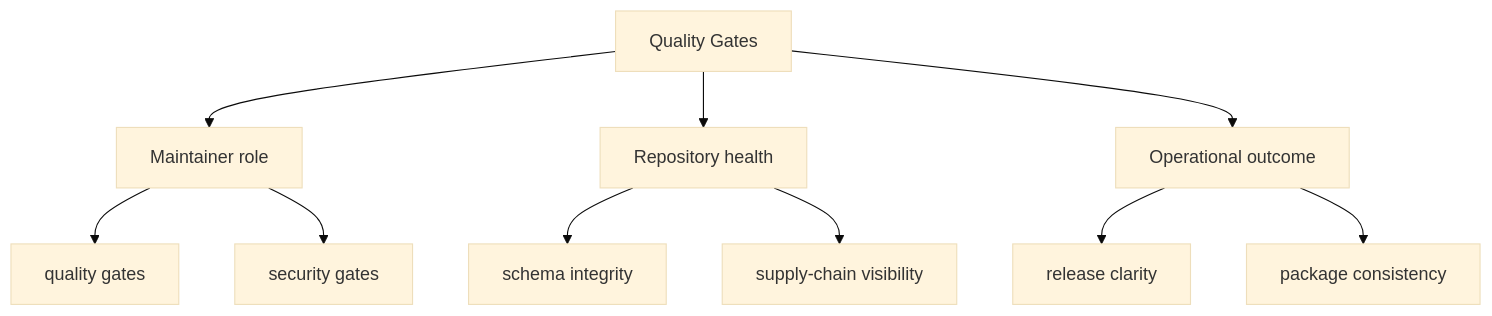
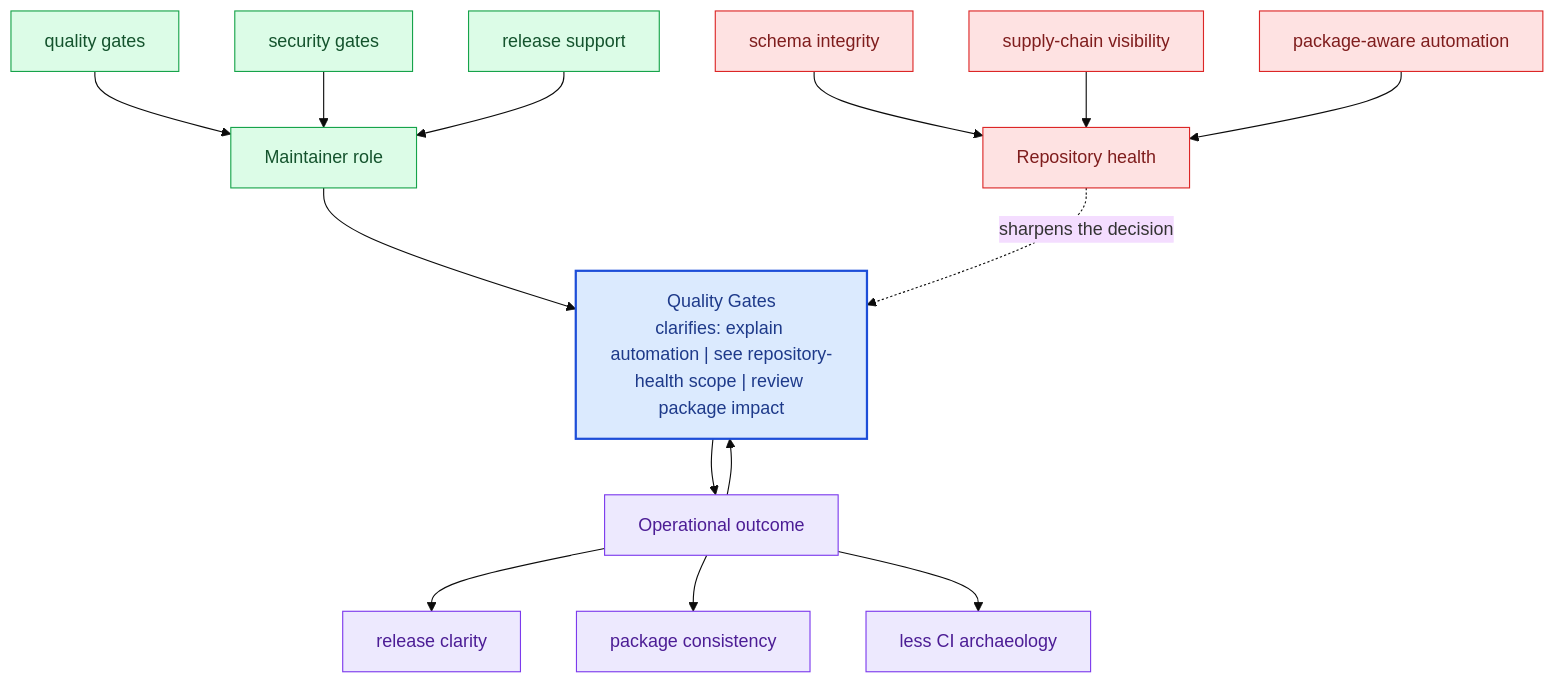
The second of 2 diagrams in docs/bijux-canon-dev/quality-gates.md (bijux/bijux-canon), drawn with Mermaid (base theme) before and after one commit. The commit also changed other lines of this file and 281 other files, not shown here.

Commit message:
docs(diagrams): deepen handbook mermaid maps across the catalog

````diff
--- a/docs/bijux-canon-dev/quality-gates.md
+++ b/docs/bijux-canon-dev/quality-gates.md
@@ -35,22 +68,40 @@
 ```mermaid
-flowchart TD
-    page["Quality Gates"]
+flowchart TB
+    promise["Quality Gates<br/>clarifies: explain automation | see repository-health scope | review package impact"]
+    classDef promise fill:#dbeafe,stroke:#1d4ed8,color:#1e3a8a,stroke-width:2px;
+    classDef driver fill:#dcfce7,stroke:#16a34a,color:#14532d;
+    classDef constraint fill:#fee2e2,stroke:#dc2626,color:#7f1d1d;
+    classDef ground fill:#ede9fe,stroke:#7c3aed,color:#4c1d95;
     focus1["Maintainer role"]
-    page --> focus1
+    focus1 --> promise
     focus1_1["quality gates"]
-    focus1 --> focus1_1
+    focus1_1 --> focus1
     focus1_2["security gates"]
-    focus1 --> focus1_2
+    focus1_2 --> focus1
+    focus1_3["release support"]
+    focus1_3 --> focus1
+    class focus1 driver;
+    class focus1_1,focus1_2,focus1_3 driver;
     focus2["Repository health"]
-    page --> focus2
+    focus2 -.sharpens the decision.-> promise
     focus2_1["schema integrity"]
-    focus2 --> focus2_1
+    focus2_1 --> focus2
     focus2_2["supply-chain visibility"]
-    focus2 --> focus2_2
+    focus2_2 --> focus2
+    focus2_3["package-aware automation"]
+    focus2_3 --> focus2
+    class focus2 constraint;
+    class focus2_1,focus2_2,focus2_3 constraint;
     focus3["Operational outcome"]
-    page --> focus3
+    focus3 --> promise
+    promise --> focus3
     focus3_1["release clarity"]
     focus3 --> focus3_1
     focus3_2["package consistency"]
     focus3 --> focus3_2
+    focus3_3["less CI archaeology"]
+    focus3 --> focus3_3
+    class focus3 ground;
+    class focus3_1,focus3_2,focus3_3 ground;
+    class promise promise;
 ```
````
